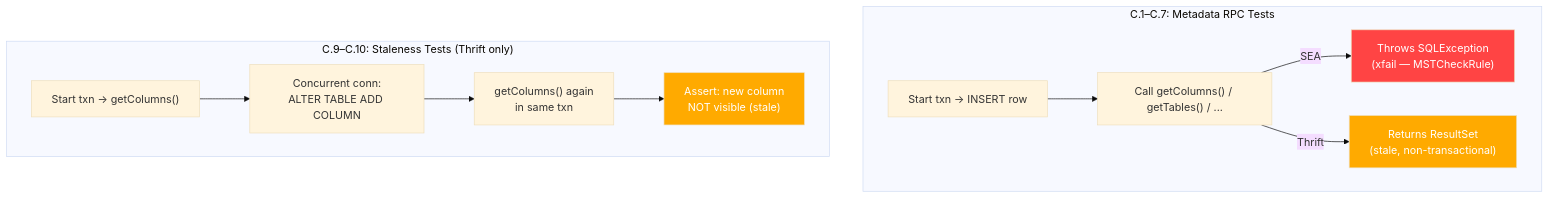
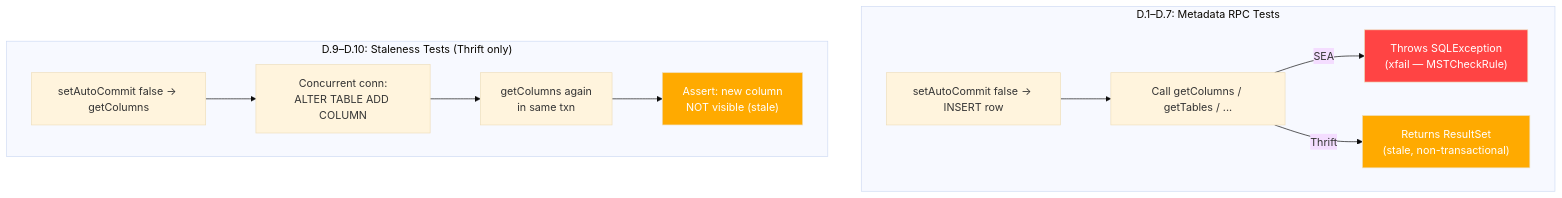
Before and after one commit to databricks/databricks-jdbc: the seventh of 10 diagrams in docs/mst-test-design.md, drawn with Mermaid (base theme). The commit also changed other lines of this file, not shown here.

````diff
--- a/docs/mst-test-design.md
+++ b/docs/mst-test-design.md
@@ -329,19 +358,19 @@
 ```mermaid
 flowchart TD
-    subgraph "C.1–C.7: Metadata RPC Tests"
-        START["Start txn → INSERT row"]
-        START --> CALL["Call getColumns() / getTables() / ..."]
+    subgraph "D.1–D.7: Metadata RPC Tests"
+        START["setAutoCommit false → INSERT row"]
+        START --> CALL["Call getColumns / getTables / ..."]
         CALL -->|SEA| THROWS["Throws SQLException<br/>(xfail — MSTCheckRule)"]
         CALL -->|Thrift| RETURNS["Returns ResultSet<br/>(stale, non-transactional)"]
     end
 
-    subgraph "C.9–C.10: Staleness Tests (Thrift only)"
-        S1["Start txn → getColumns()"] --> S2["Concurrent conn:<br/>ALTER TABLE ADD COLUMN"]
-        S2 --> S3["getColumns() again<br/>in same txn"]
+    subgraph "D.9–D.10: Staleness Tests (Thrift only)"
+        S1["setAutoCommit false → getColumns"] --> S2["Concurrent conn:<br/>ALTER TABLE ADD COLUMN"]
+        S2 --> S3["getColumns again<br/>in same txn"]
         S3 --> S4["Assert: new column<br/>NOT visible (stale)"]
     end
 
     style THROWS fill:#f44,color:#fff
     style RETURNS fill:#fa0,color:#fff
     style S4 fill:#fa0,color:#fff
 ```
````
